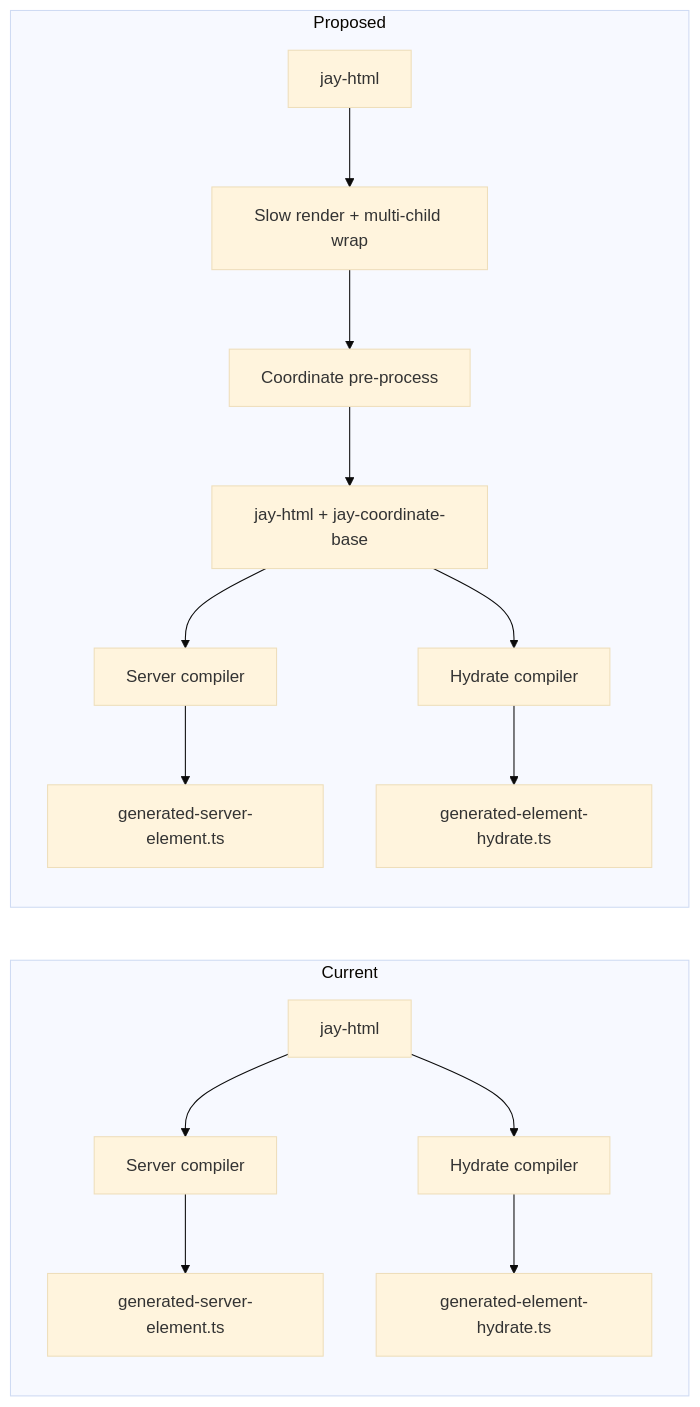
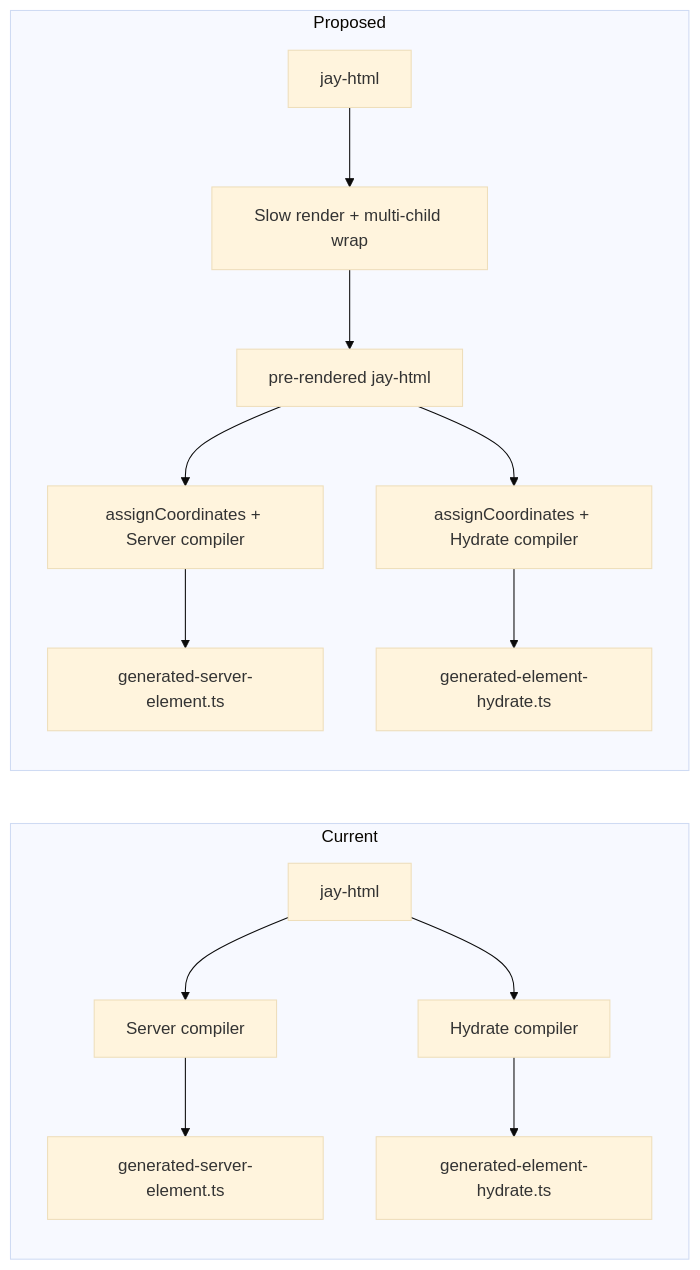
Before and after one commit to jay-framework/jay: the diagram in design-log/103 - coordinate pre-processing for SSR hydration consistency.md, drawn with Mermaid (base theme). The commit also changed other lines of this file, not shown here.

````diff
--- a/design-log/103 - coordinate pre-processing for SSR hydration consistency.md
+++ b/design-log/103 - coordinate pre-processing for SSR hydration consistency.md
@@ -21,19 +23,18 @@
 ```mermaid
 flowchart LR
     subgraph before [Current]
         A[jay-html] --> B[Server compiler]
         A --> C[Hydrate compiler]
         B --> D[generated-server-element.ts]
         C --> E[generated-element-hydrate.ts]
     end
 
     subgraph after [Proposed]
         A2[jay-html] --> S[Slow render + multi-child wrap]
-        S --> P[Coordinate pre-process]
-        P --> A3[jay-html + jay-coordinate-base]
-        A3 --> B2[Server compiler]
-        A3 --> C2[Hydrate compiler]
+        S --> A3[pre-rendered jay-html]
+        A3 --> B2[assignCoordinates + Server compiler]
+        A3 --> C2[assignCoordinates + Hydrate compiler]
         B2 --> D2[generated-server-element.ts]
         C2 --> E2[generated-element-hydrate.ts]
     end
 ```
````
